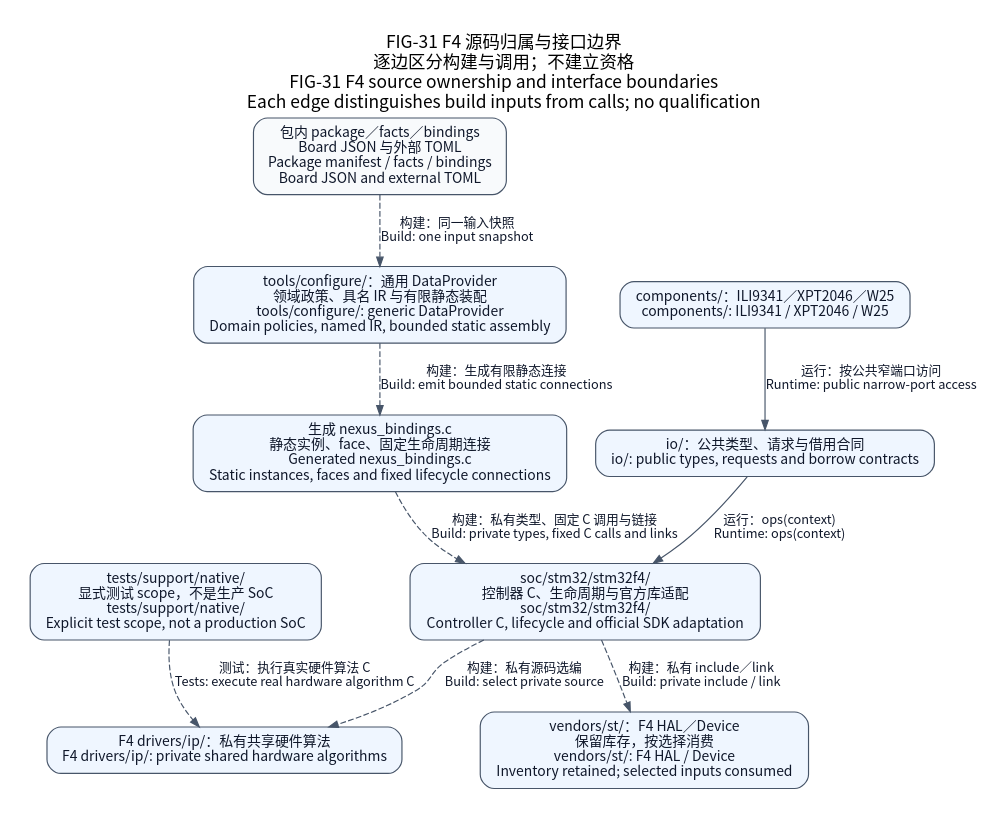
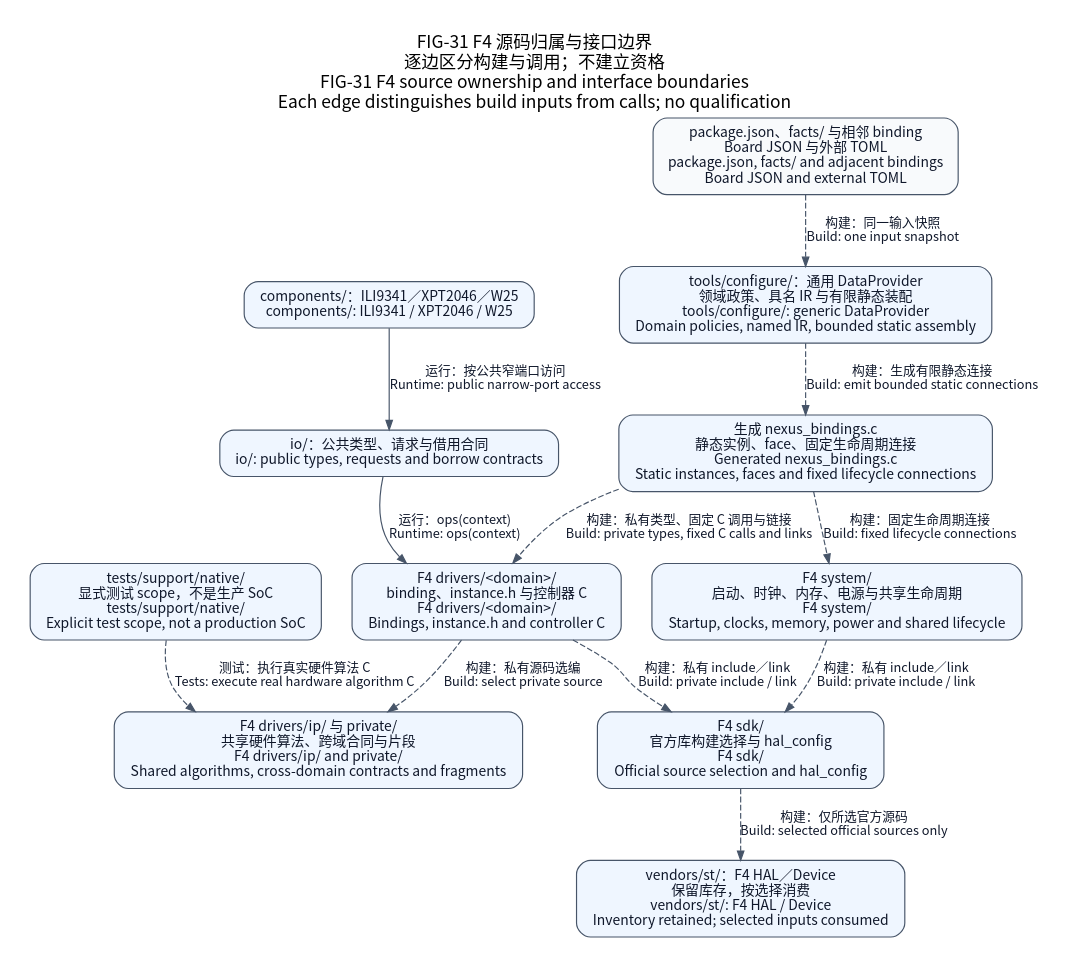
The diagram in docs/assets/diagrams/driver-source-ownership.dot (X-Gen-Lab/nexus), drawn with Graphviz before and after one commit. The commit also changed 935 other files, not shown here.

Commit message:
refactor(soc): organize STM32F4 package by responsibility

```diff
--- a/docs/assets/diagrams/driver-source-ownership.dot
+++ b/docs/assets/diagrams/driver-source-ownership.dot
@@ -1,24 +1,29 @@
 // Current scoped view. Build-time arrows and runtime calls are labeled explicitly.
 // Code basis: soc/stm32/stm32f4/CMakeLists.txt; tools/configure/data_provider.py; bindings.py; tests/support/native/CMakeLists.txt; io/include/nexus/io
 digraph F4SourceOwnership {
     graph [label="FIG-31 F4 源码归属与接口边界\n逐边区分构建与调用；不建立资格\nFIG-31 F4 source ownership and interface boundaries\nEach edge distinguishes build inputs from calls; no qualification", rankdir=TB, bgcolor="white", pad=0.25, nodesep=0.35, ranksep=0.52, fontname="Noto Sans CJK SC", fontsize=15, labelloc=t];
     node [shape=box, style="rounded,filled", fillcolor="#eff6ff", color="#475569", fontcolor="#0f172a", fontname="Noto Sans CJK SC", fontsize=12, margin="0.16,0.10"];
     edge [color="#475569", fontcolor="#0f172a", fontname="Noto Sans CJK SC", fontsize=11, arrowsize=0.8];
     io [label="io/：公共类型、请求与借用合同\nio/: public types, requests and borrow contracts"];
-    f4 [label="soc/stm32/stm32f4/\n控制器 C、生命周期与官方库适配\nsoc/stm32/stm32f4/\nController C, lifecycle and official SDK adaptation"];
-    ip [label="F4 drivers/ip/：私有共享硬件算法\nF4 drivers/ip/: private shared hardware algorithms"];
+    f4 [label="F4 drivers/<domain>/\nbinding、instance.h 与控制器 C\nF4 drivers/<domain>/\nBindings, instance.h and controller C"];
+    system [label="F4 system/\n启动、时钟、内存、电源与共享生命周期\nF4 system/\nStartup, clocks, memory, power and shared lifecycle"];
+    ip [label="F4 drivers/ip/ 与 private/\n共享硬件算法、跨域合同与片段\nF4 drivers/ip/ and private/\nShared algorithms, cross-domain contracts and fragments"];
+    sdk [label="F4 sdk/\n官方库构建选择与 hal_config\nF4 sdk/\nOfficial source selection and hal_config"];
     vendor [label="vendors/st/：F4 HAL／Device\n保留库存，按选择消费\nvendors/st/: F4 HAL / Device\nInventory retained; selected inputs consumed"];
     host [label="tests/support/native/\n显式测试 scope，不是生产 SoC\ntests/support/native/\nExplicit test scope, not a production SoC"];
     components [label="components/：ILI9341／XPT2046／W25\ncomponents/: ILI9341 / XPT2046 / W25"];
-    facts [label="包内 package／facts／bindings\nBoard JSON 与外部 TOML\nPackage manifest / facts / bindings\nBoard JSON and external TOML", fillcolor="#f8fafc"];
+    facts [label="package.json、facts/ 与相邻 binding\nBoard JSON 与外部 TOML\npackage.json, facts/ and adjacent bindings\nBoard JSON and external TOML", fillcolor="#f8fafc"];
     config [label="tools/configure/：通用 DataProvider\n领域政策、具名 IR 与有限静态装配\ntools/configure/: generic DataProvider\nDomain policies, named IR, bounded static assembly"];
     assembly [label="生成 nexus_bindings.c\n静态实例、face、固定生命周期连接\nGenerated nexus_bindings.c\nStatic instances, faces and fixed lifecycle connections"];
     components -> io [label="运行：按公共窄端口访问\nRuntime: public narrow-port access"];
     io -> f4 [label="运行：ops(context)\nRuntime: ops(context)"];
     f4 -> ip [label="构建：私有源码选编\nBuild: select private source", style=dashed];
-    f4 -> vendor [label="构建：私有 include／link\nBuild: private include / link", style=dashed];
+    f4 -> sdk [label="构建：私有 include／link\nBuild: private include / link", style=dashed];
+    system -> sdk [label="构建：私有 include／link\nBuild: private include / link", style=dashed];
+    sdk -> vendor [label="构建：仅所选官方源码\nBuild: selected official sources only", style=dashed];
     host -> ip [label="测试：执行真实硬件算法 C\nTests: execute real hardware algorithm C", style=dashed];
     facts -> config [label="构建：同一输入快照\nBuild: one input snapshot", style=dashed];
     config -> assembly [label="构建：生成有限静态连接\nBuild: emit bounded static connections", style=dashed];
     assembly -> f4 [label="构建：私有类型、固定 C 调用与链接\nBuild: private types, fixed C calls and links", style=dashed];
+    assembly -> system [label="构建：固定生命周期连接\nBuild: fixed lifecycle connections", style=dashed];
 }
```
